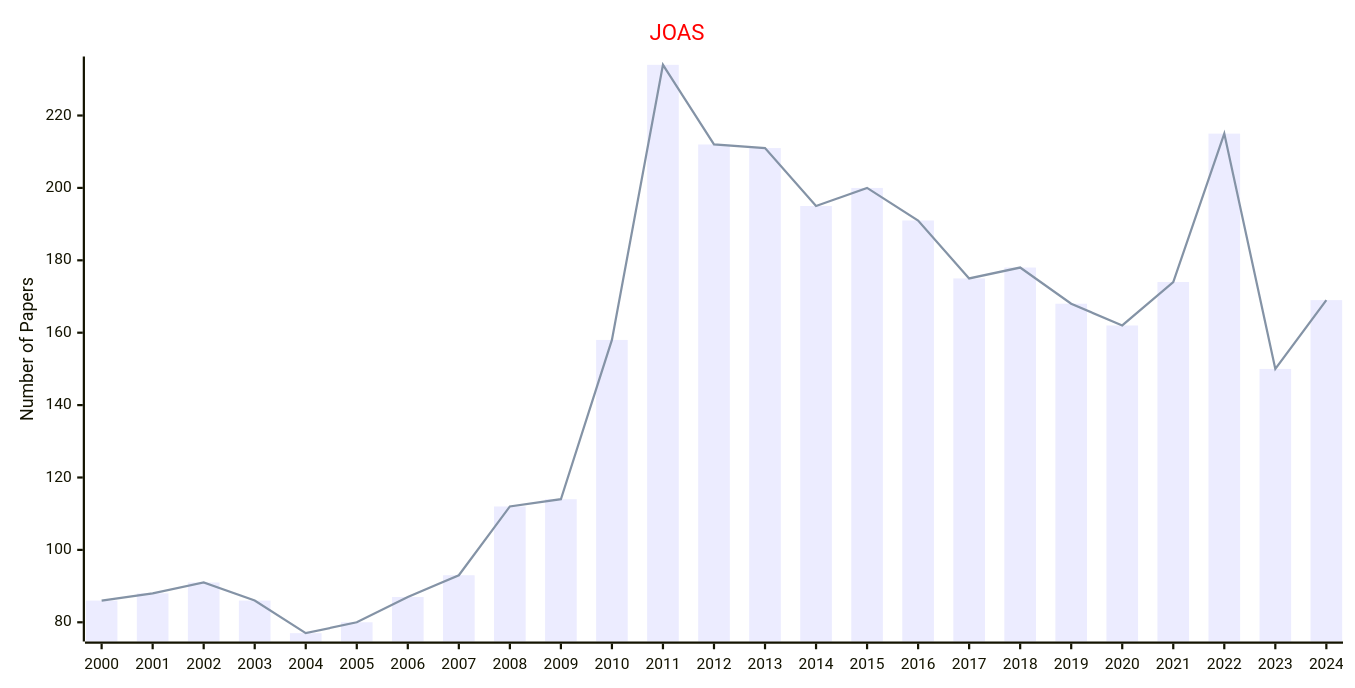
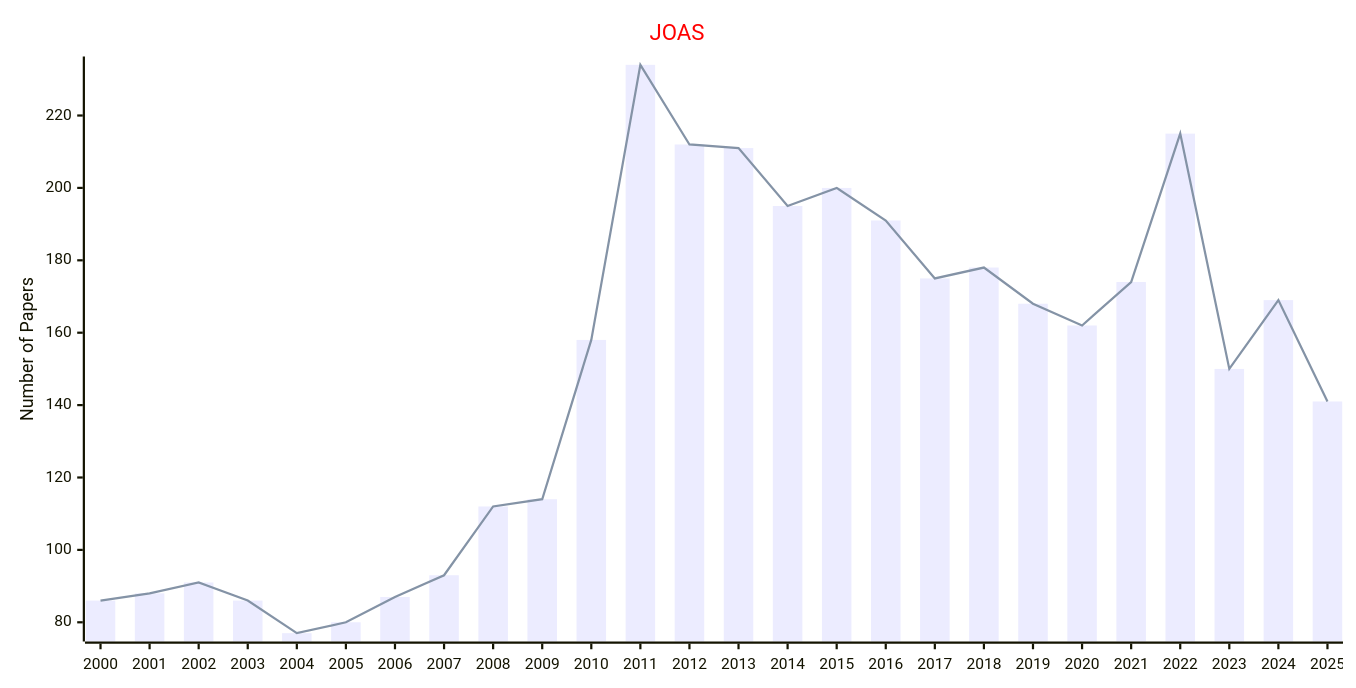
The fifth of 6 diagrams in docs/data/Journals/Statistics_Journals/Applied_Statistics.md (Easy-PhD/AILinks), drawn with Mermaid before and after one commit. The commit also changed other lines of this file and 93 other files, not shown here.

````diff
--- a/docs/data/Journals/Statistics_Journals/Applied_Statistics.md
+++ b/docs/data/Journals/Statistics_Journals/Applied_Statistics.md
@@ -105,17 +105,17 @@
 ```mermaid
 ---
 config:
     xyChart:
         width: 1200
         height: 600
     themeVariables:
         xyChart:
             titleColor: "#ff0000"
 ---
 xychart-beta
     title "JOAS"
-    x-axis [2000, 2001, 2002, 2003, 2004, 2005, 2006, 2007, 2008, 2009, 2010, 2011, 2012, 2013, 2014, 2015, 2016, 2017, 2018, 2019, 2020, 2021, 2022, 2023, 2024]
+    x-axis [2000, 2001, 2002, 2003, 2004, 2005, 2006, 2007, 2008, 2009, 2010, 2011, 2012, 2013, 2014, 2015, 2016, 2017, 2018, 2019, 2020, 2021, 2022, 2023, 2024, 2025]
     y-axis "Number of Papers"
-    bar [86, 88, 91, 86, 77, 80, 87, 93, 112, 114, 158, 234, 212, 211, 195, 200, 191, 175, 178, 168, 162, 174, 215, 150, 169]
-    line [86, 88, 91, 86, 77, 80, 87, 93, 112, 114, 158, 234, 212, 211, 195, 200, 191, 175, 178, 168, 162, 174, 215, 150, 169]
+    bar [86, 88, 91, 86, 77, 80, 87, 93, 112, 114, 158, 234, 212, 211, 195, 200, 191, 175, 178, 168, 162, 174, 215, 150, 169, 141]
+    line [86, 88, 91, 86, 77, 80, 87, 93, 112, 114, 158, 234, 212, 211, 195, 200, 191, 175, 178, 168, 162, 174, 215, 150, 169, 141]
 ```
````
